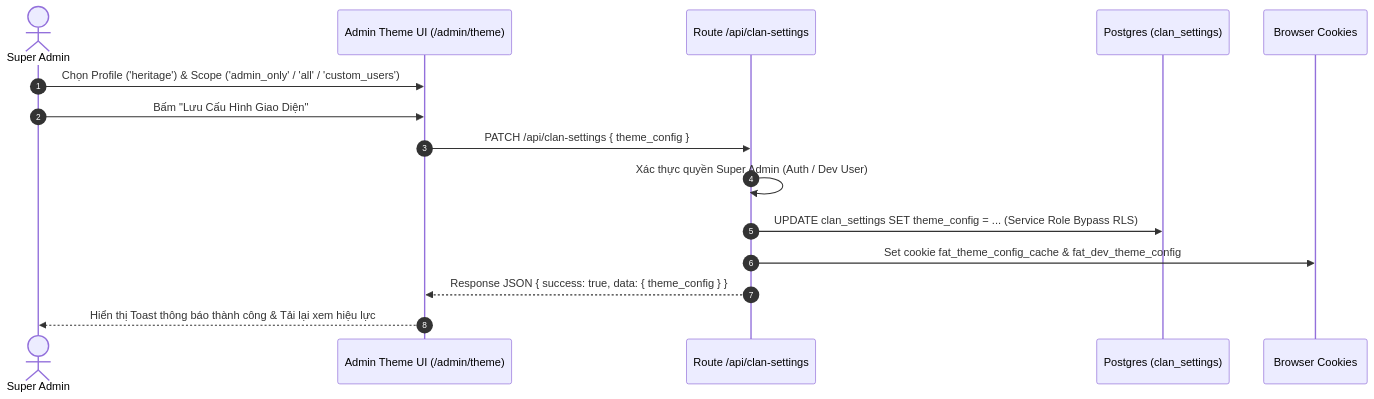
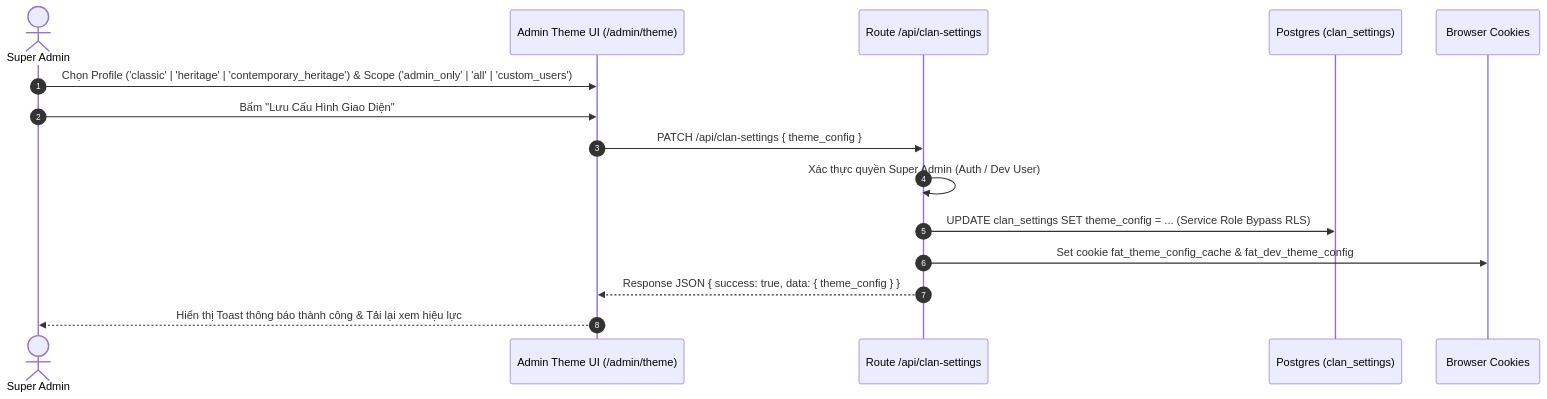
Before and after one commit to giappt/gia-pha: the first of 3 diagrams in docs/18_Micro-Spec_Milestone_9_Design_Profiles_And_Anniversary_Bloc.md, drawn with Mermaid. The commit also changed other lines of this file and 28 other files, not shown here.

````diff
--- a/docs/18_Micro-Spec_Milestone_9_Design_Profiles_And_Anniversary_Bloc.md
+++ b/docs/18_Micro-Spec_Milestone_9_Design_Profiles_And_Anniversary_Bloc.md
@@ -96,18 +98,18 @@
 ```mermaid
 sequenceDiagram
     autonumber
     actor Admin as Super Admin
     participant UI as Admin Theme UI (/admin/theme)
     participant API as Route /api/clan-settings
     participant DB as Postgres (clan_settings)
     participant CK as Browser Cookies
 
-    Admin->>UI: Chọn Profile ('heritage') & Scope ('admin_only' / 'all' / 'custom_users')
+    Admin->>UI: Chọn Profile ('classic' | 'heritage' | 'contemporary_heritage') & Scope ('admin_only' | 'all' | 'custom_users')
     Admin->>UI: Bấm "Lưu Cấu Hình Giao Diện"
     UI->>API: PATCH /api/clan-settings { theme_config }
     API->>API: Xác thực quyền Super Admin (Auth / Dev User)
     API->>DB: UPDATE clan_settings SET theme_config = ... (Service Role Bypass RLS)
     API->>CK: Set cookie fat_theme_config_cache & fat_dev_theme_config
     API-->>UI: Response JSON { success: true, data: { theme_config } }
     UI-->>Admin: Hiển thị Toast thông báo thành công & Tải lại xem hiệu lực
 ```
````
